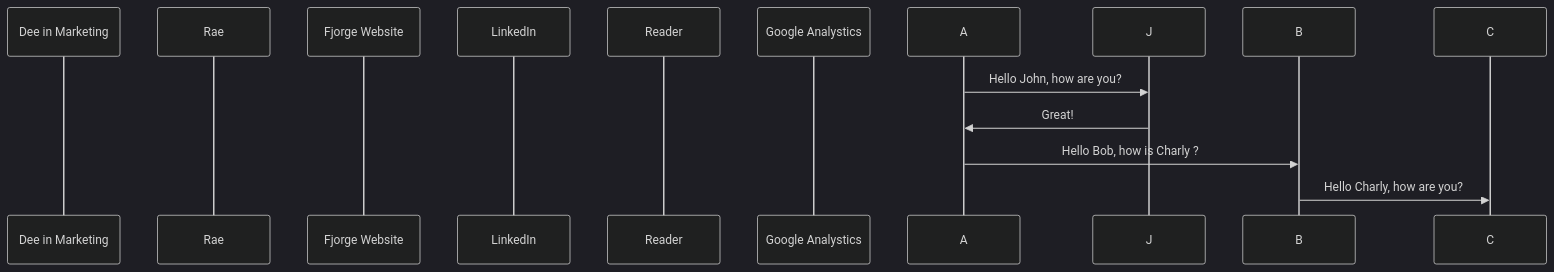
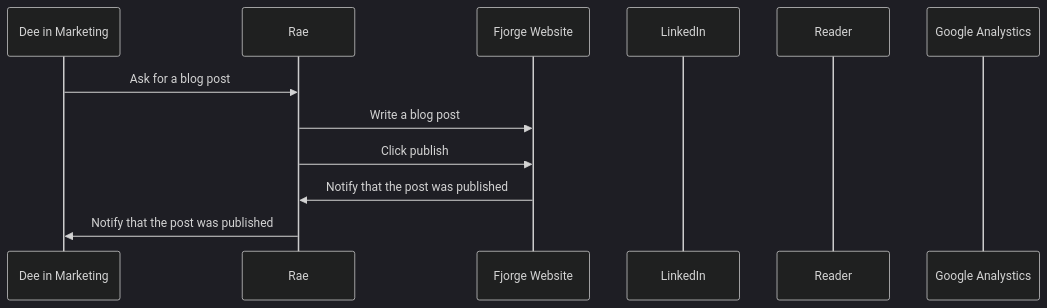
One commit to dangxuanloc/mermaid-diagram changed the diagram in README.md. Above: the diagram before and after it, drawn with Mermaid (dark theme).

````diff
--- a/README.md
+++ b/README.md
@@ -1,13 +1,15 @@
 ```mermaid
 sequenceDiagram
     participant Dee in Marketing
     participant Rae
     participant Fjorge Website
     participant LinkedIn
     participant Reader
     participant Google Analystics
-    A->>J: Hello John, how are you?
-    J->>A: Great!
-    A->>B: Hello Bob, how is Charly ?
-    B->>C: Hello Charly, how are you?
+    Dee in Marketing->>Rae: Ask for a blog post
+    Rae->>Fjorge Website: Write a blog post
+    Rae->>Fjorge Website: Click publish
+    Fjorge Website->>Rae: Notify that the post was published
+    Rae ->>Dee in Marketing: Notify that the post was published
+
 ```
````
